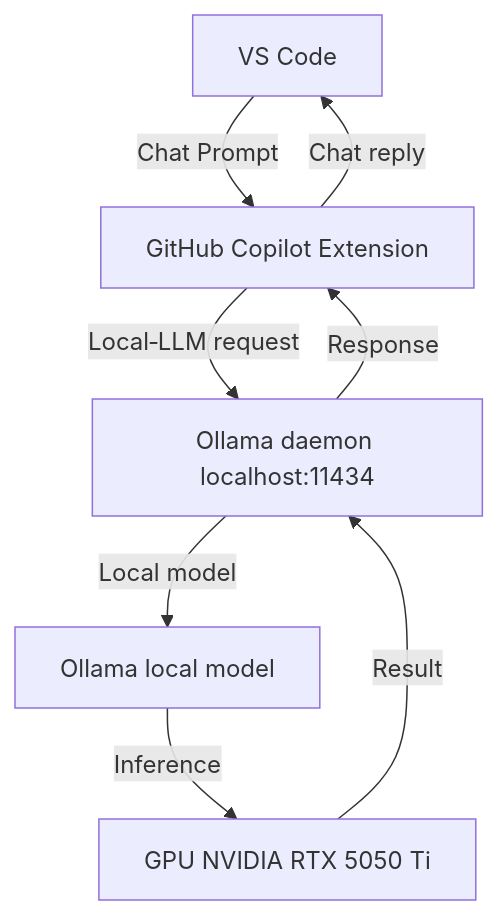
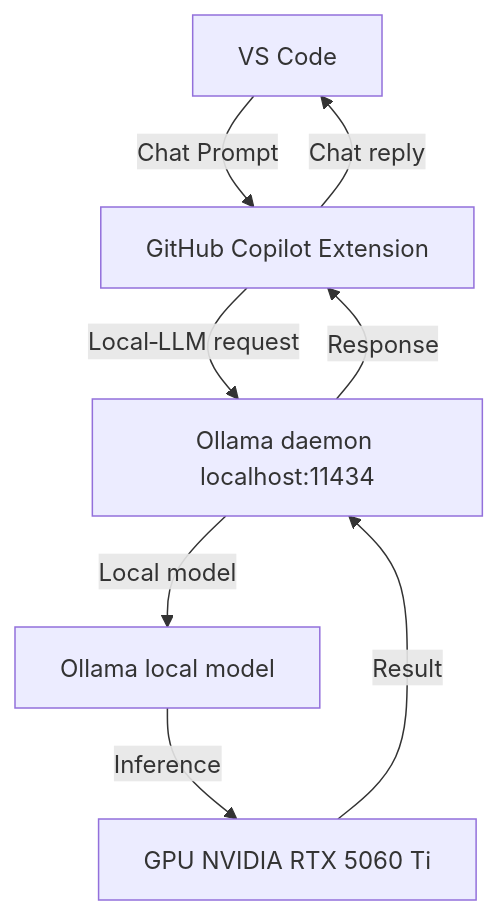
One commit to mgharish18/project-codey changed the diagram in README.md. Above: the diagram before and after it, drawn with Mermaid.

Commit message:
corrected 5050 t0 5060

````diff
--- a/README.md
+++ b/README.md
@@ -142,10 +142,10 @@
 ```mermaid
 flowchart TD
     A[VS Code] -->|Chat Prompt| B[GitHub Copilot Extension]
     B -->|Local‑LLM request| C[Ollama daemon localhost:11434]
     C -->|Local model| E[Ollama local model]
-    E -->|Inference| D[GPU NVIDIA RTX 5050 Ti]
+    E -->|Inference| D[GPU NVIDIA RTX 5060 Ti]
     D -->|Result| C
     C -->|Response| B
     B -->|Chat reply| A
 ```
````
